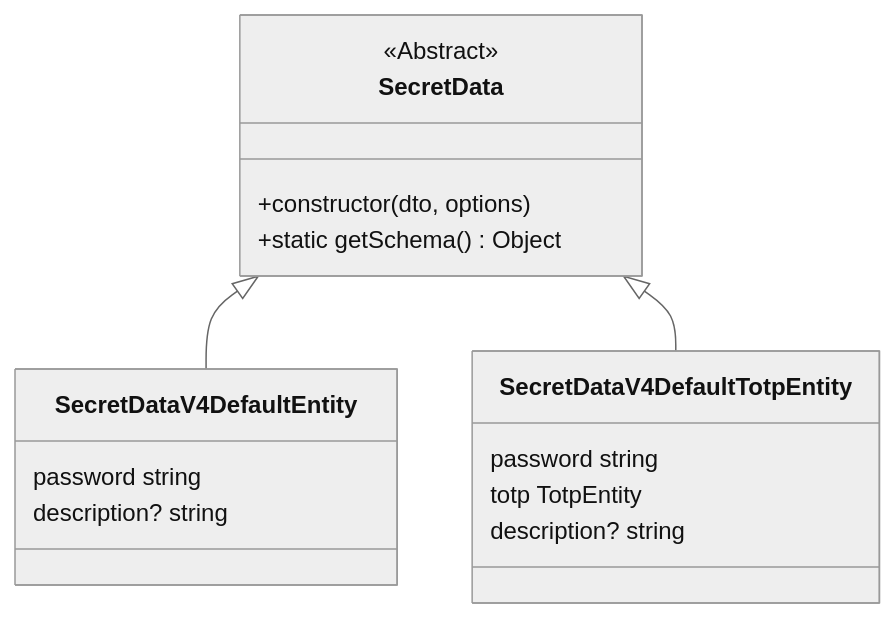
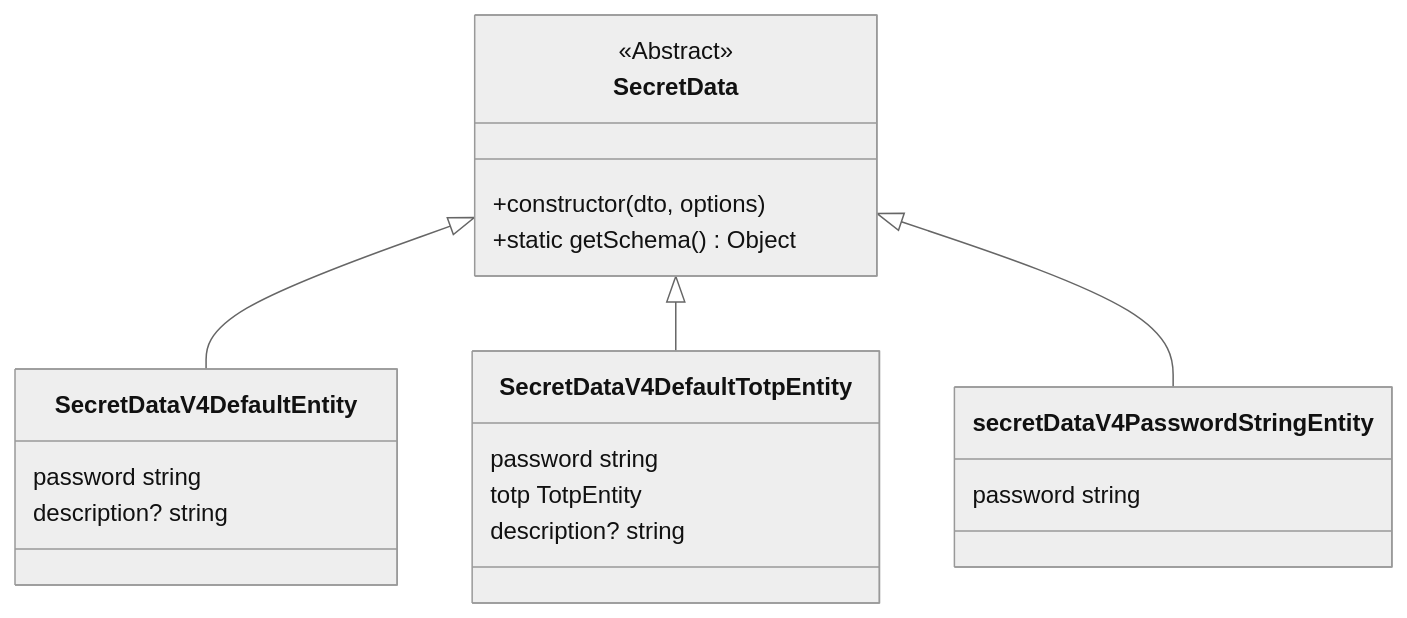
Before and after one commit to passbolt/passbolt_styleguide: the diagram in doc/secret-data-entity.md, drawn with Mermaid. The commit also changed 2 other files, not shown here.

Commit message:
PB-39023 WP6-2.5 Create secretDataV4PasswordStringEntity

````diff
--- a/doc/secret-data-entity.md
+++ b/doc/secret-data-entity.md
@@ -1,24 +1,29 @@
 ```mermaid
 %%{init: {'theme':'neutral'}}%%
 classDiagram
 
     class SecretData {
         <<Abstract>>
         +constructor(dto, options)
         +static getSchema() Object
     }
 
     class SecretDataV4DefaultEntity {
         password string
         description? string
     }
 
     class SecretDataV4DefaultTotpEntity {
         password string
         totp TotpEntity
         description? string
     }
 
+    class secretDataV4PasswordStringEntity {
+        password string
+    }
+
     SecretData <|-- SecretDataV4DefaultEntity
     SecretData <|-- SecretDataV4DefaultTotpEntity
+    SecretData <|-- secretDataV4PasswordStringEntity
 ```
````
